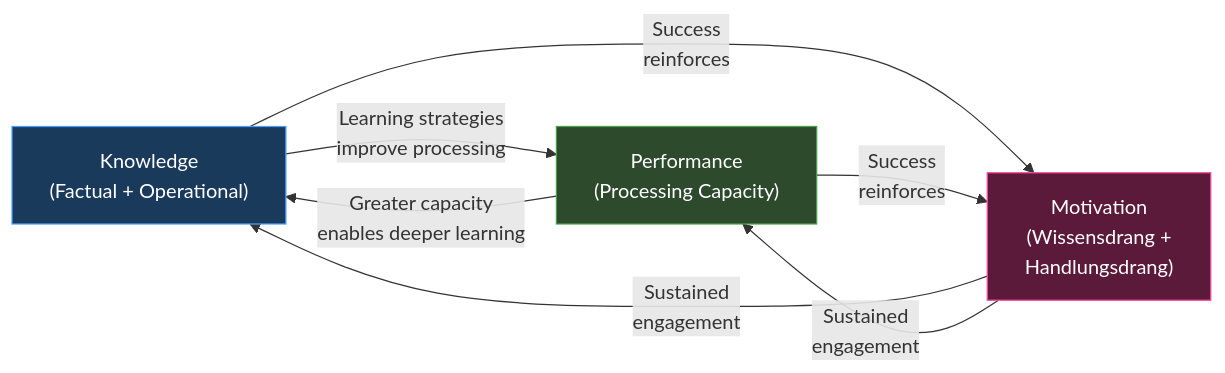
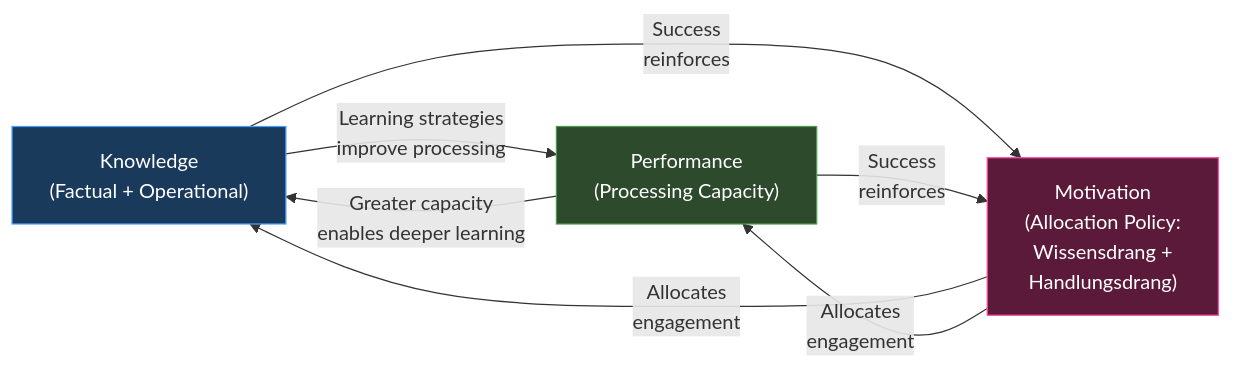
Before and after one commit to JeltzProstetnic/aIware: the fifth of 8 diagrams in wiki/reference/key-figures.md, drawn with Mermaid. The commit also changed other lines of this file and 124 other files, not shown here.

````diff
--- a/wiki/reference/key-figures.md
+++ b/wiki/reference/key-figures.md
@@ -170,17 +171,17 @@
 ```mermaid
 graph LR
     K["Knowledge<br/>(Factual + Operational)"]
     P["Performance<br/>(Processing Capacity)"]
-    M["Motivation<br/>(Wissensdrang +<br/>Handlungsdrang)"]
+    M["Motivation<br/>(Allocation Policy:<br/>Wissensdrang +<br/>Handlungsdrang)"]
 
     K -->|"Learning strategies<br/>improve processing"| P
     P -->|"Greater capacity<br/>enables deeper learning"| K
-    M -->|"Sustained<br/>engagement"| K
-    M -->|"Sustained<br/>engagement"| P
+    M -->|"Allocates<br/>engagement"| K
+    M -->|"Allocates<br/>engagement"| P
     K -->|"Success<br/>reinforces"| M
     P -->|"Success<br/>reinforces"| M
 
     style K fill:#1a3a5c,stroke:#4a9eff,color:#fff
     style P fill:#2d4a2d,stroke:#4a9e4a,color:#fff
     style M fill:#5c1a3a,stroke:#ff4a9e,color:#fff
 ```
````
